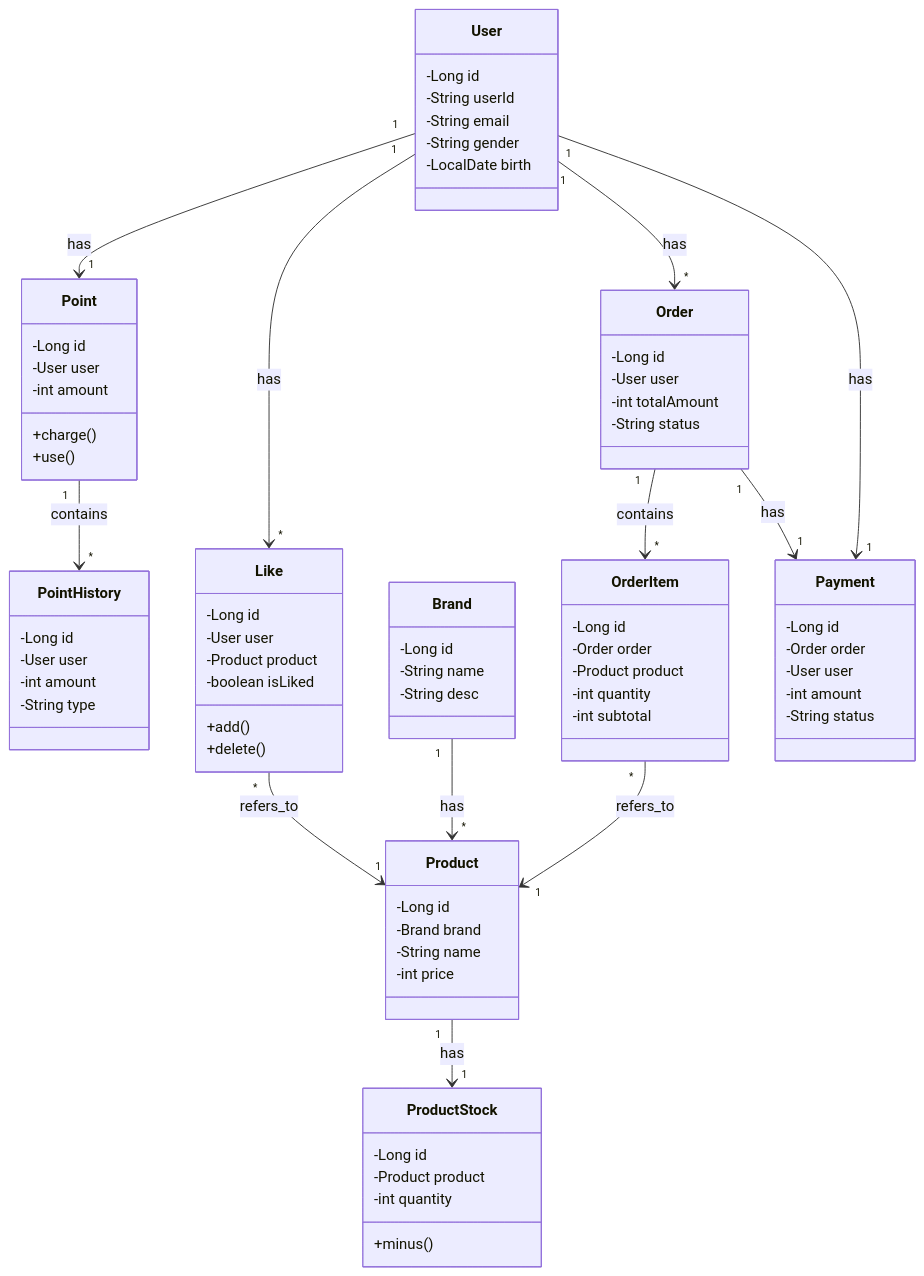
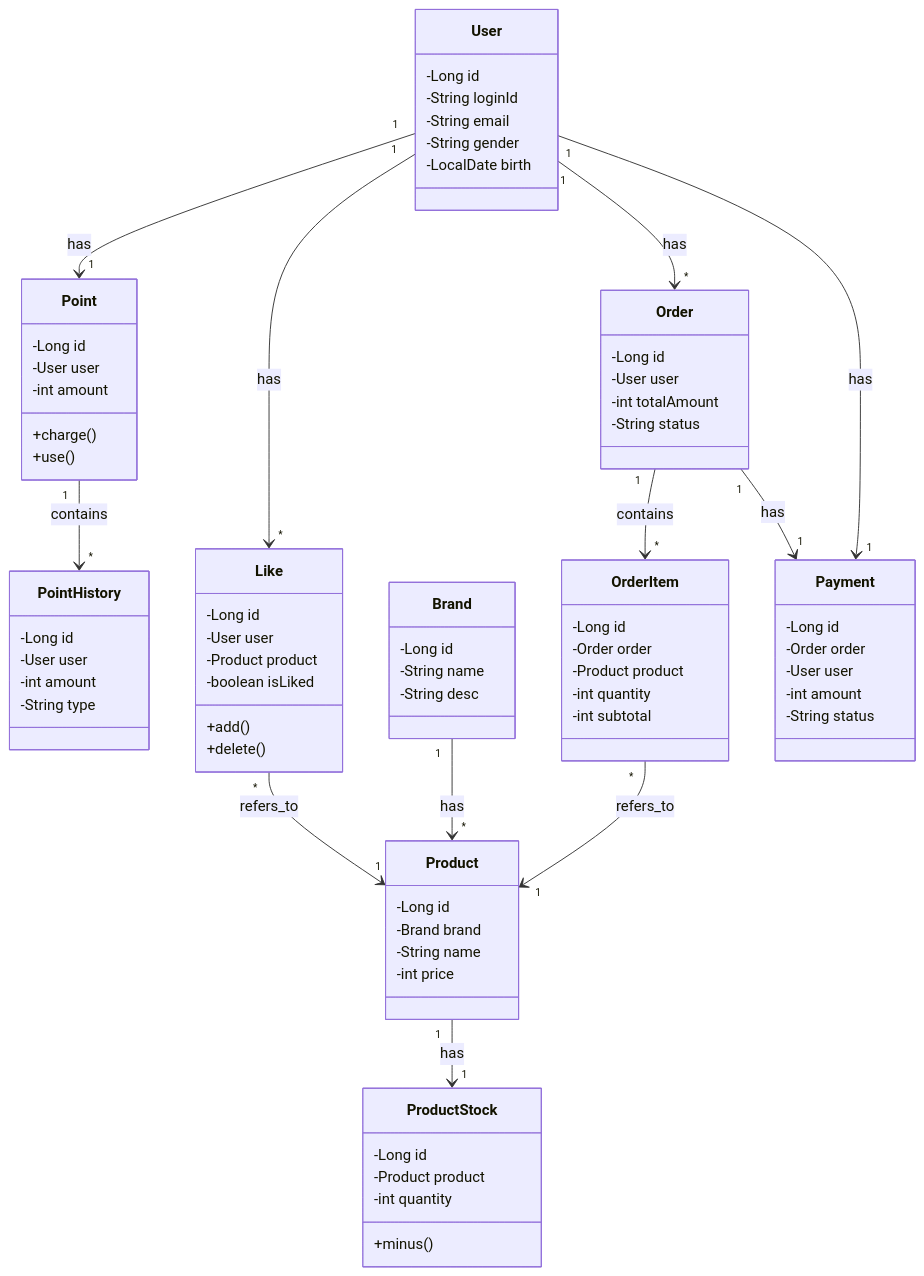
The diagram in docs/design/03-class-diagrams.md (hyunn12/e-commerce-project), drawn with Mermaid before and after one commit. The commit also changed 21 other files, not shown here.

Commit message:
refactor: User userId -> loginId 필드명 변경

```diff
--- a/docs/design/03-class-diagrams.md
+++ b/docs/design/03-class-diagrams.md
@@ -4,7 +4,7 @@
 classDiagram
     class User {
         -Long id
-        -String userId
+        -String loginId
         -String email
         -String gender
         -LocalDate birth
```
